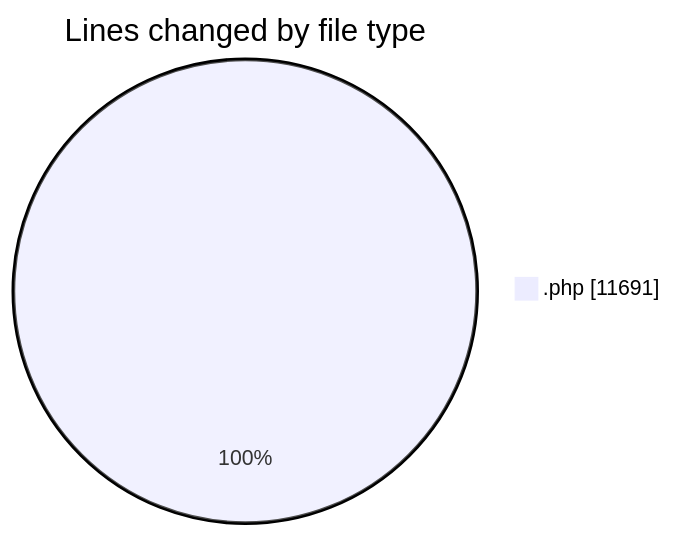
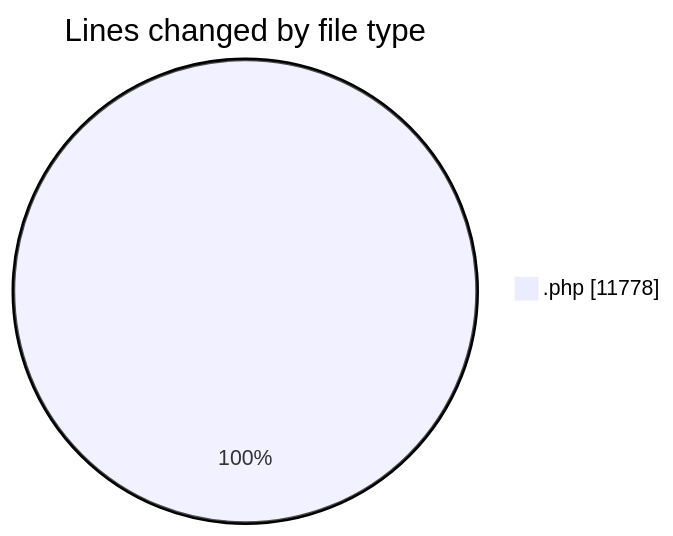
Before and after one commit to vahidmafi/code-tracking: the first of 2 diagrams in 2025-07-21/shop/README.md, drawn with Mermaid. The commit also changed other lines of this file and 1 other file, not shown here.

````diff
--- a/2025-07-21/shop/README.md
+++ b/2025-07-21/shop/README.md
@@ -28,5 +29,5 @@
 ```mermaid
 pie showData
 title Lines changed by file type
-".php" : 11691
+".php" : 11778
 ```
````
